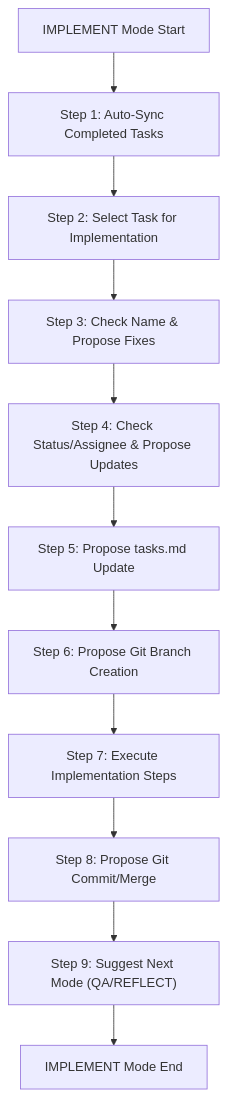
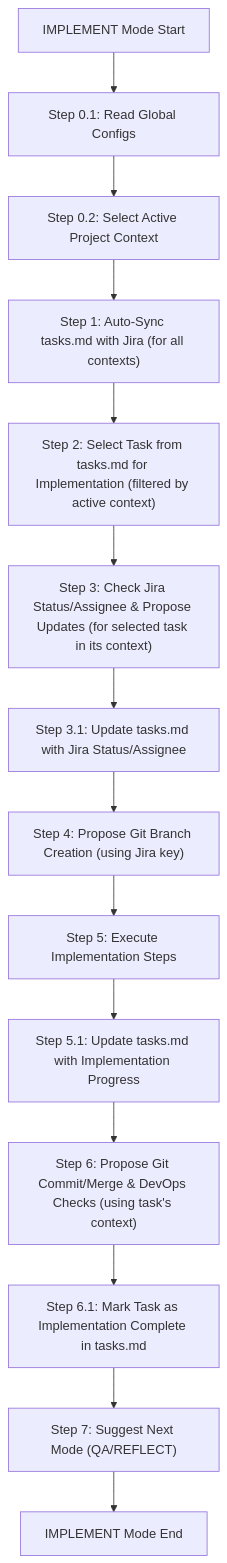
The first of 4 diagrams in .cursor/rules/isolation_rules/visual-maps/implement-mode-map.mdc (ms-moar/cursor-tools), drawn with Mermaid before and after one commit. The commit also changed other lines of this file and 4 other files, not shown here.

````diff
--- a/.cursor/rules/isolation_rules/visual-maps/implement-mode-map.mdc
+++ b/.cursor/rules/isolation_rules/visual-maps/implement-mode-map.mdc
@@ -12,13 +12,16 @@
 ```mermaid
 graph TD
-    Start["IMPLEMENT Mode Start"] --> AutoSync["Step 1: Auto-Sync Completed Tasks"]
-    AutoSync --> TaskSelect["Step 2: Select Task for Implementation"]
-    TaskSelect --> CheckName["Step 3: Check Name & Propose Fixes"]
-    CheckName --> CheckStatusAssignee["Step 4: Check Status/Assignee & Propose Updates"]
-    CheckStatusAssignee --> UpdateTasksMD["Step 5: Propose tasks.md Update"]
-    UpdateTasksMD --> GitBranch["Step 6: Propose Git Branch Creation"]
-    GitBranch --> Implementation["Step 7: Execute Implementation Steps"]
-    Implementation --> GitFinalize["Step 8: Propose Git Commit/Merge"]
-    GitFinalize --> SuggestNext["Step 9: Suggest Next Mode (QA/REFLECT)"]
+    Start["IMPLEMENT Mode Start"] --> ReadGlobalConfig["Step 0.1: Read Global Configs"]
+    ReadGlobalConfig --> SelectActiveContext["Step 0.2: Select Active Project Context"]
+    SelectActiveContext --> AutoSyncTasksMD["Step 1: Auto-Sync tasks.md with Jira (for all contexts)"]
+    AutoSyncTasksMD --> TaskSelect["Step 2: Select Task from tasks.md for Implementation (filtered by active context)"]
+    TaskSelect --> JiraStatusAssigneeCheck["Step 3: Check Jira Status/Assignee & Propose Updates (for selected task in its context)"]
+    JiraStatusAssigneeCheck --> UpdateTasksMDWithJiraStatus["Step 3.1: Update tasks.md with Jira Status/Assignee"]
+    UpdateTasksMDWithJiraStatus --> GitBranch["Step 4: Propose Git Branch Creation (using Jira key)"]
+    GitBranch --> Implementation["Step 5: Execute Implementation Steps"]
+    Implementation --> UpdateTasksMDWithProgress["Step 5.1: Update tasks.md with Implementation Progress"]
+    UpdateTasksMDWithProgress --> GitFinalize["Step 6: Propose Git Commit/Merge & DevOps Checks (using task's context)"]
+    GitFinalize --> FinalTasksMDUpdate["Step 6.1: Mark Task as Implementation Complete in tasks.md"]
+    FinalTasksMDUpdate --> SuggestNext["Step 7: Suggest Next Mode (QA/REFLECT)"]
     SuggestNext --> End["IMPLEMENT Mode End"]
 ```
````
